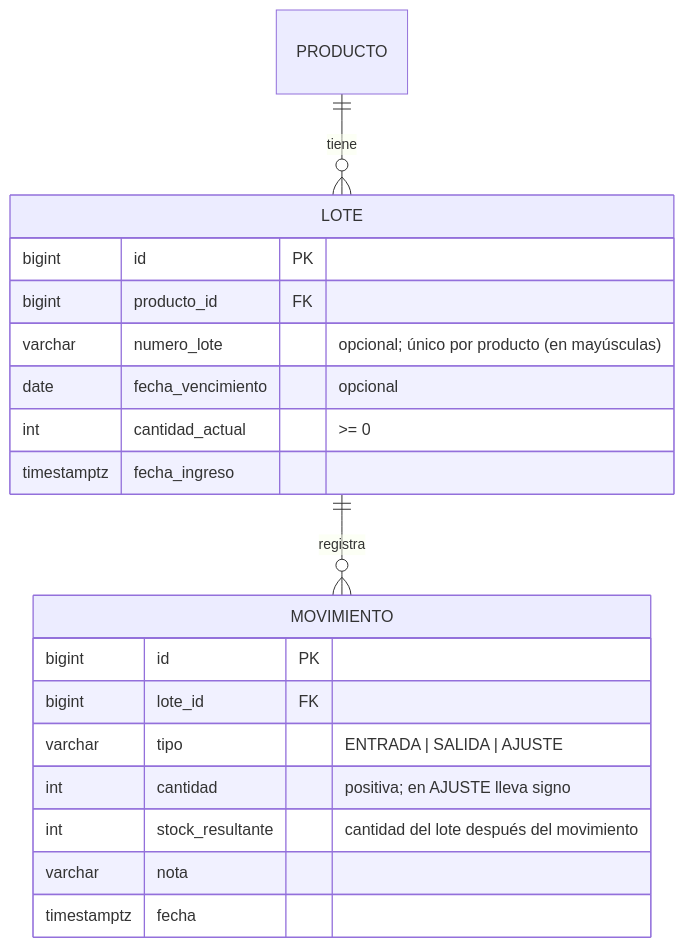
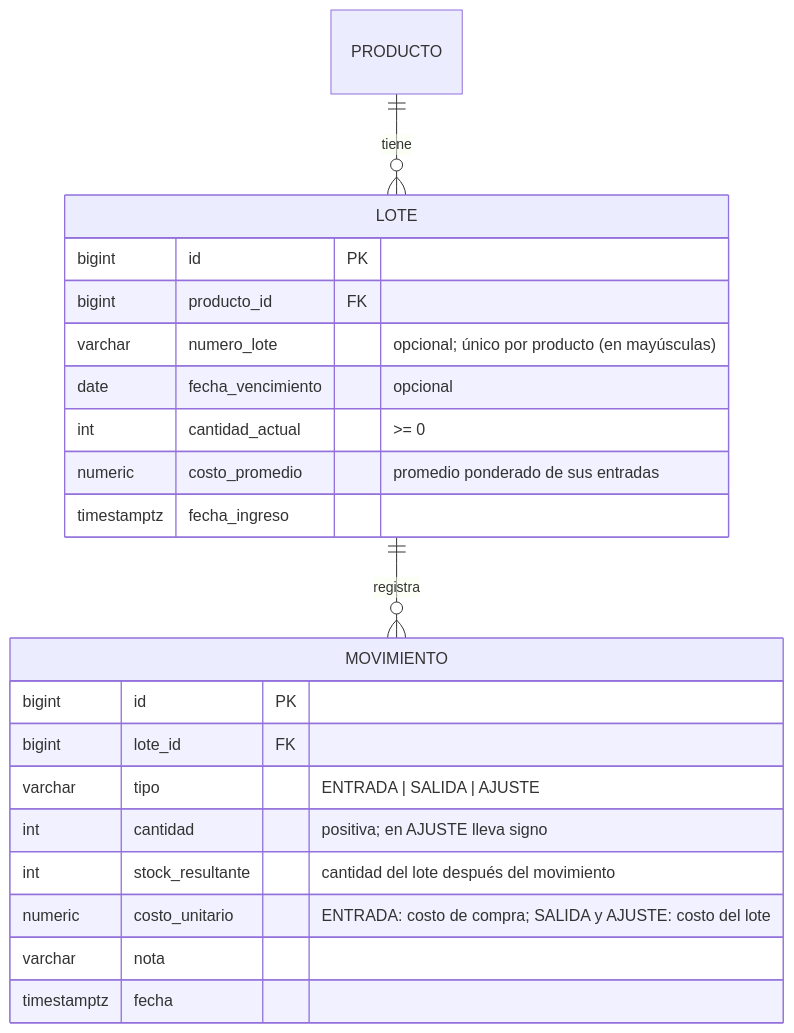
Before and after one commit to EvaMoreno11/gestion-insumos-medicos: the second of 6 diagrams in docs/modelo-datos.md, drawn with Mermaid. The commit also changed other lines of this file and 1 other file, not shown here.

Commit message:
docs: costo de compras, costo promedio por lote y costo de lo vendido

````diff
--- a/docs/modelo-datos.md
+++ b/docs/modelo-datos.md
@@ -56,23 +56,25 @@
 ```mermaid
 erDiagram
     PRODUCTO ||--o{ LOTE : tiene
     LOTE ||--o{ MOVIMIENTO : registra
 
     LOTE {
         bigint id PK
         bigint producto_id FK
         varchar numero_lote "opcional; único por producto (en mayúsculas)"
         date fecha_vencimiento "opcional"
         int cantidad_actual ">= 0"
+        numeric costo_promedio "promedio ponderado de sus entradas"
         timestamptz fecha_ingreso
     }
     MOVIMIENTO {
         bigint id PK
         bigint lote_id FK
         varchar tipo "ENTRADA | SALIDA | AJUSTE"
         int cantidad "positiva; en AJUSTE lleva signo"
         int stock_resultante "cantidad del lote después del movimiento"
+        numeric costo_unitario "ENTRADA: costo de compra; SALIDA y AJUSTE: costo del lote"
         varchar nota
         timestamptz fecha
     }
 ```
````
